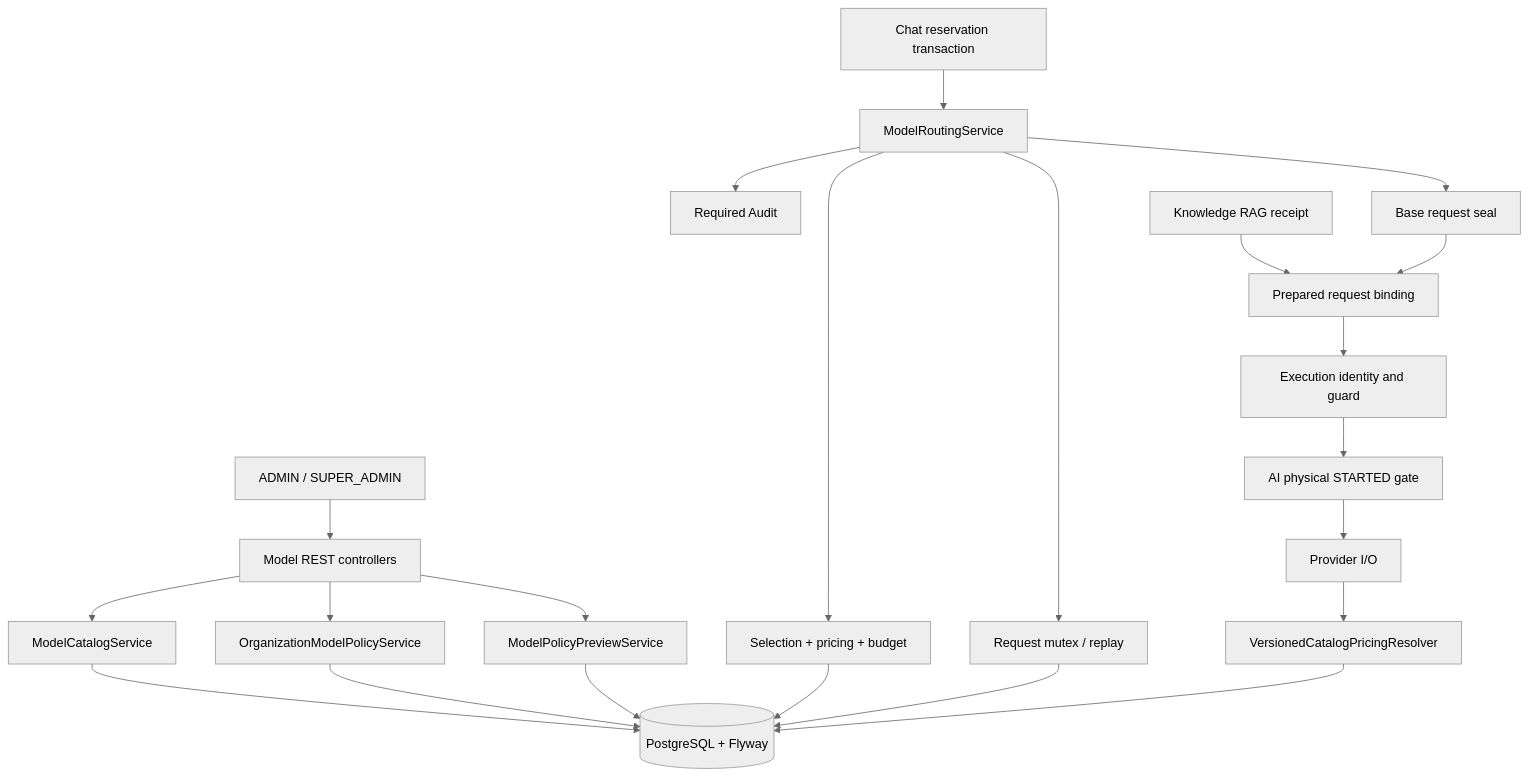
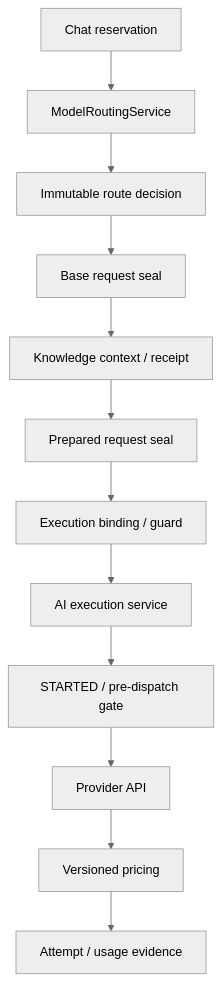
The second of 9 diagrams in backend/src/main/java/ru/safeai/gateway/model/README.md (Amid-1/Safeai-desk), drawn with Mermaid (neutral theme) before and after one commit. The commit also changed other lines of this file and 29 other files, not shown here.

````diff
--- a/backend/src/main/java/ru/safeai/gateway/model/README.md
+++ b/backend/src/main/java/ru/safeai/gateway/model/README.md
@@ -114,24 +101,14 @@
 ```mermaid
 flowchart TD
-    ADM[ADMIN / SUPER_ADMIN] --> API[Model REST controllers]
-    API --> CAT[ModelCatalogService]
-    API --> POL[OrganizationModelPolicyService]
-    API --> PRE[ModelPolicyPreviewService]
-    CAT --> DB[(PostgreSQL + Flyway)]
-    POL --> DB
-    PRE --> DB
-    CHAT[Chat reservation transaction] --> ROUTE[ModelRoutingService]
-    ROUTE --> SEL[Selection + pricing + budget]
-    ROUTE --> MUTEX[Request mutex / replay]
-    SEL --> DB
-    MUTEX --> DB
-    ROUTE --> AUDIT[Required Audit]
-    ROUTE --> SEAL[Base request seal]
-    KNOW[Knowledge RAG receipt] --> PREP[Prepared request binding]
-    SEAL --> PREP
-    PREP --> GATE[Execution identity and guard]
-    GATE --> AI[AI physical STARTED gate]
-    AI --> PROV[Provider I/O]
-    PROV --> PRICE[VersionedCatalogPricingResolver]
-    PRICE --> DB
+    C[Chat reservation] --> M[ModelRoutingService]
+    M --> R[Immutable route decision]
+    R --> B[Base request seal]
+    B --> K[Knowledge context / receipt]
+    K --> F[Prepared request seal]
+    F --> G[Execution binding / guard]
+    G --> A[AI execution service]
+    A --> L[STARTED / pre-dispatch gate]
+    L --> H[Provider API]
+    H --> P[Versioned pricing]
+    P --> E[Attempt / usage evidence]
 ```
````
